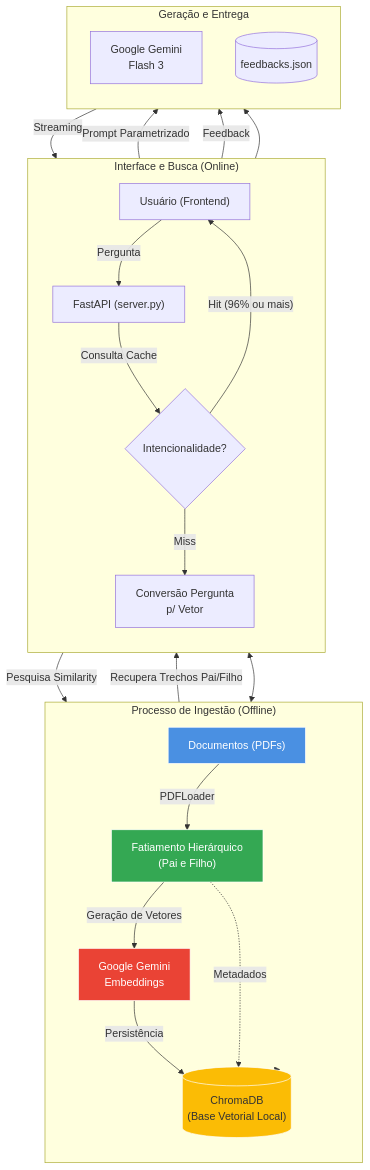
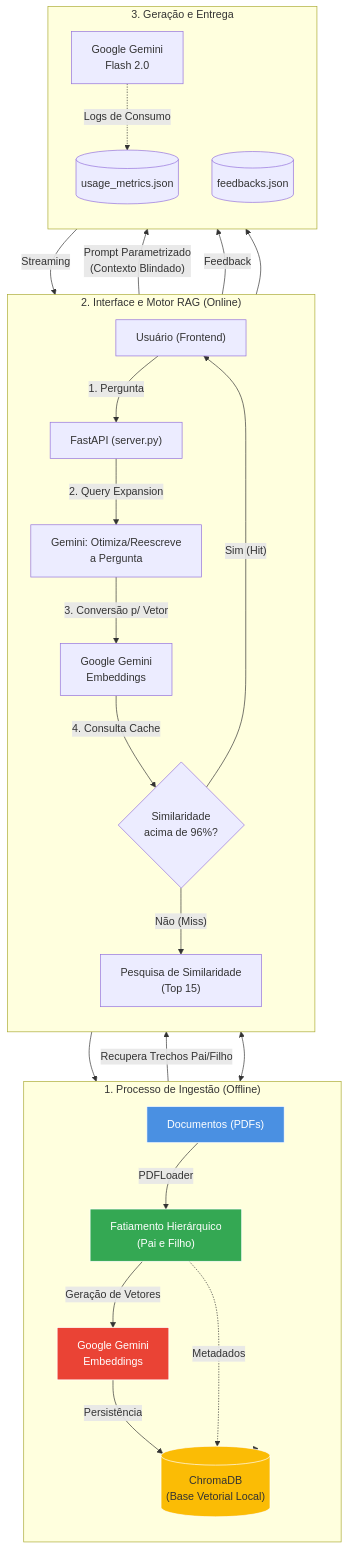
Before and after one commit to junior-honorato/rag_ia: the diagram in README.md, drawn with Mermaid.

````diff
--- a/README.md
+++ b/README.md
@@ -28,39 +28,45 @@
 ```mermaid
 graph TD
     %% Estilos e Cores Principais
     style A fill:#4a90e2,stroke:#fff,color:#fff
     style B fill:#34a853,stroke:#fff,color:#fff
     style C fill:#ea4335,stroke:#fff,color:#fff
     style D fill:#fbbc05,stroke:#fff,color:#333
 
-    subgraph INGESTÃO ["Processo de Ingestão (Offline)"]
+    subgraph INGESTÃO ["1. Processo de Ingestão (Offline)"]
         direction TB
         A["Documentos (PDFs)"] -->|PDFLoader| B["Fatiamento Hierárquico<br/>(Pai e Filho)"]
         B -->|"Geração de Vetores"| C["Google Gemini<br/>Embeddings"]
         C -->|Persistência| D[("ChromaDB<br/>(Base Vetorial Local)")]
         B -.->|Metadados| D
     end
 
-    subgraph CONSULTA ["Interface e Busca (Online)"]
+    subgraph CONSULTA ["2. Interface e Motor RAG (Online)"]
         direction TB
-        U["Usuário (Frontend)"] -->|Pergunta| S["FastAPI (server.py)"]
-        S -->|Consulta Cache| CH{Intencionalidade?}
-        CH -->|"Hit (96% ou mais)"| U
+        U["Usuário (Frontend)"] -->|1. Pergunta| S["FastAPI (server.py)"]
         
-        CH -->|Miss| GE["Conversão Pergunta<br/>p/ Vetor"]
-        GE -->|"Pesquisa Similarity"| D
+        S -->|2. Query Expansion| QE["Gemini: Otimiza/Reescreve<br/>a Pergunta"]
+        QE -->|3. Conversão p/ Vetor| GE["Google Gemini<br/>Embeddings"]
+        
+        GE -->|4. Consulta Cache| CH{"Similaridade<br/>acima de 96%?"}
+        
+        CH -->|"Sim (Hit)"| U
+        
+        CH -->|"Não (Miss)"| SEARCH["Pesquisa de Similaridade<br/>(Top 15)"]
+        SEARCH --> D
         D -->|"Recupera Trechos Pai/Filho"| S
     end
 
-    subgraph RESPOSTA ["Geração e Entrega"]
+    subgraph RESPOSTA ["3. Geração e Entrega"]
         direction TB
-        S -->|"Prompt Parametrizado"| L["Google Gemini<br/>Flash 3"]
-        L -->|Streaming | U
+        S -->|"Prompt Parametrizado<br/>(Contexto Blindado)"| L["Google Gemini<br/>Flash 2.0"]
+        L -->|Streaming| U
         U -->|Feedback| F[("feedbacks.json")]
+        L -.->|Logs de Consumo| M[("usage_metrics.json")]
     end
 
     %% Conexões entre blocos
     INGESTÃO --> D
     D <--> CONSULTA
     CONSULTA --> RESPOSTA
 ```
````
